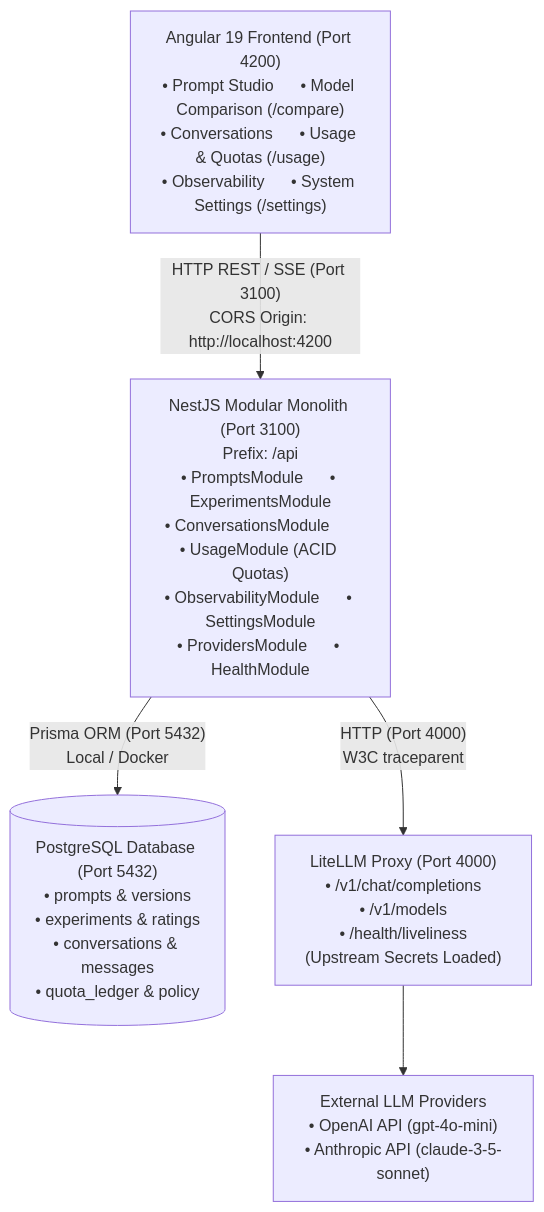
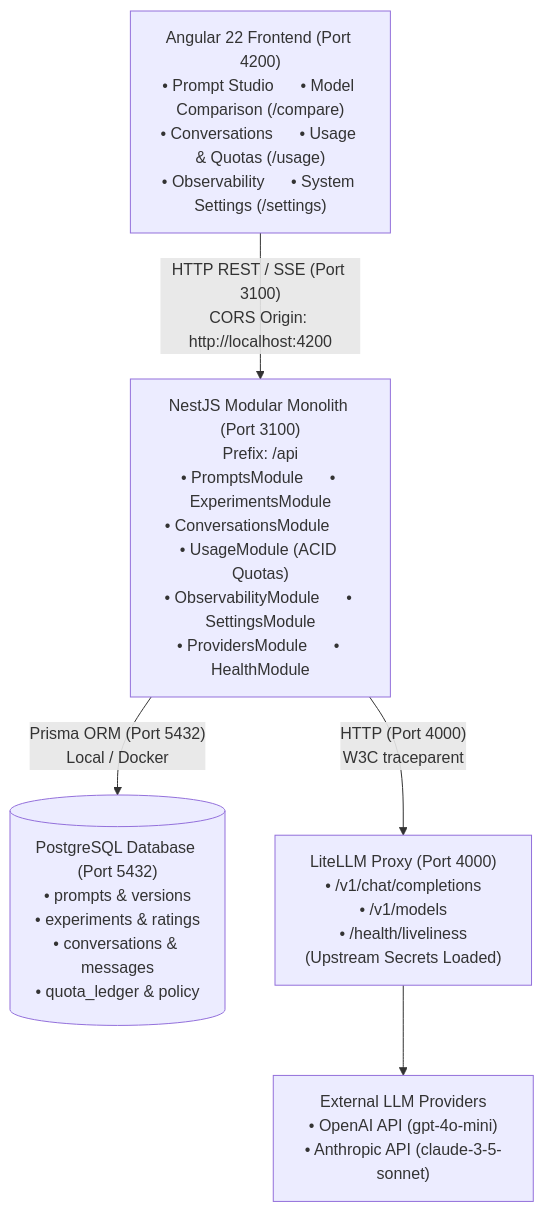
The diagram in docs/knowledge/architecture/system-topology.md (Ahmed-Maher77/PromptLab__prompt-workspace-and-llm-gateway), drawn with Mermaid before and after one commit. The commit also changed 27 other files, not shown here.

````diff
--- a/docs/knowledge/architecture/system-topology.md
+++ b/docs/knowledge/architecture/system-topology.md
@@ -13,13 +13,13 @@
 ```mermaid
 graph TD
-    Client["Angular 19 Frontend (Port 4200)<br/>• Prompt Studio &nbsp;&nbsp;&nbsp;&nbsp; • Model Comparison (/compare)<br/>• Conversations &nbsp;&nbsp;&nbsp;&nbsp; • Usage & Quotas (/usage)<br/>• Observability &nbsp;&nbsp;&nbsp;&nbsp; • System Settings (/settings)"]
+    Client["Angular 22 Frontend (Port 4200)<br/>• Prompt Studio &nbsp;&nbsp;&nbsp;&nbsp; • Model Comparison (/compare)<br/>• Conversations &nbsp;&nbsp;&nbsp;&nbsp; • Usage & Quotas (/usage)<br/>• Observability &nbsp;&nbsp;&nbsp;&nbsp; • System Settings (/settings)"]
     API["NestJS Modular Monolith (Port 3100)<br/>Prefix: /api<br/>• PromptsModule &nbsp;&nbsp;&nbsp;&nbsp; • ExperimentsModule<br/>• ConversationsModule &nbsp;&nbsp;&nbsp;&nbsp; • UsageModule (ACID Quotas)<br/>• ObservabilityModule &nbsp;&nbsp;&nbsp;&nbsp; • SettingsModule<br/>• ProvidersModule &nbsp;&nbsp;&nbsp;&nbsp; • HealthModule"]
     DB[("PostgreSQL Database (Port 5432)<br/>• prompts & versions<br/>• experiments & ratings<br/>• conversations & messages<br/>• quota_ledger & policy")]
     Gateway["LiteLLM Proxy (Port 4000)<br/>• /v1/chat/completions<br/>• /v1/models<br/>• /health/liveliness<br/>(Upstream Secrets Loaded)"]
     Providers["External LLM Providers<br/>• OpenAI API (gpt-4o-mini)<br/>• Anthropic API (claude-3-5-sonnet)"]
 
     Client -->|"HTTP REST / SSE (Port 3100)<br/>CORS Origin: http://localhost:4200"| API
     API -->|"Prisma ORM (Port 5432)<br/>Local / Docker"| DB
     API -->|"HTTP (Port 4000)<br/>W3C traceparent"| Gateway
     Gateway --> Providers
 ```
````
